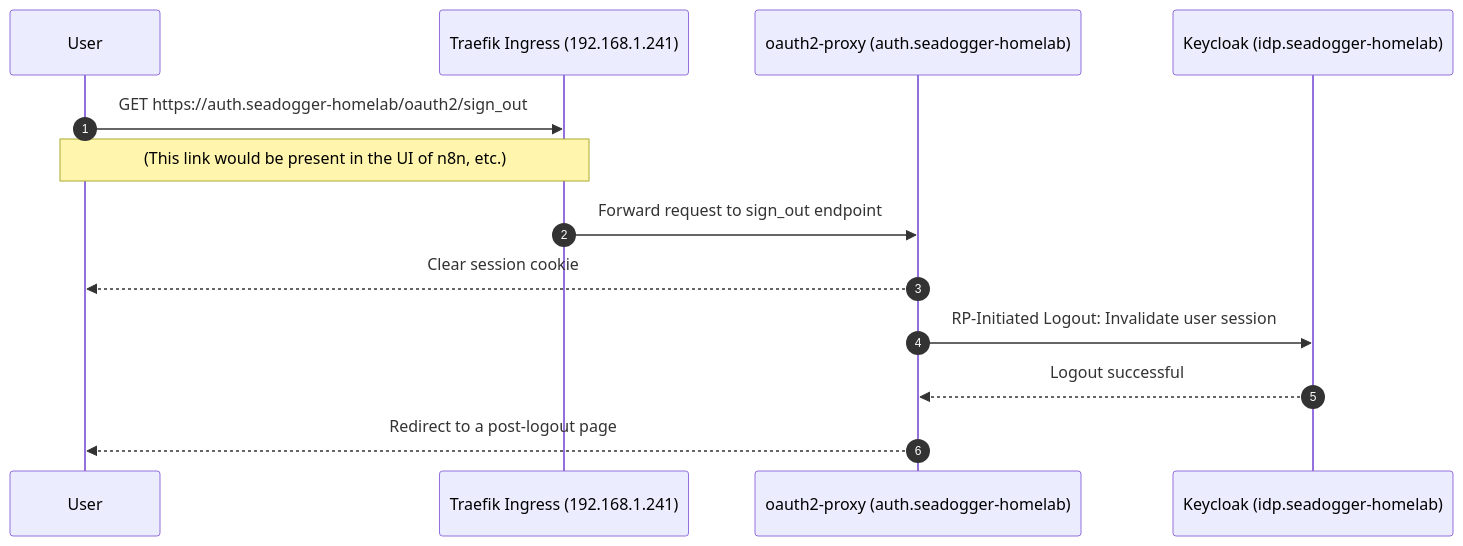
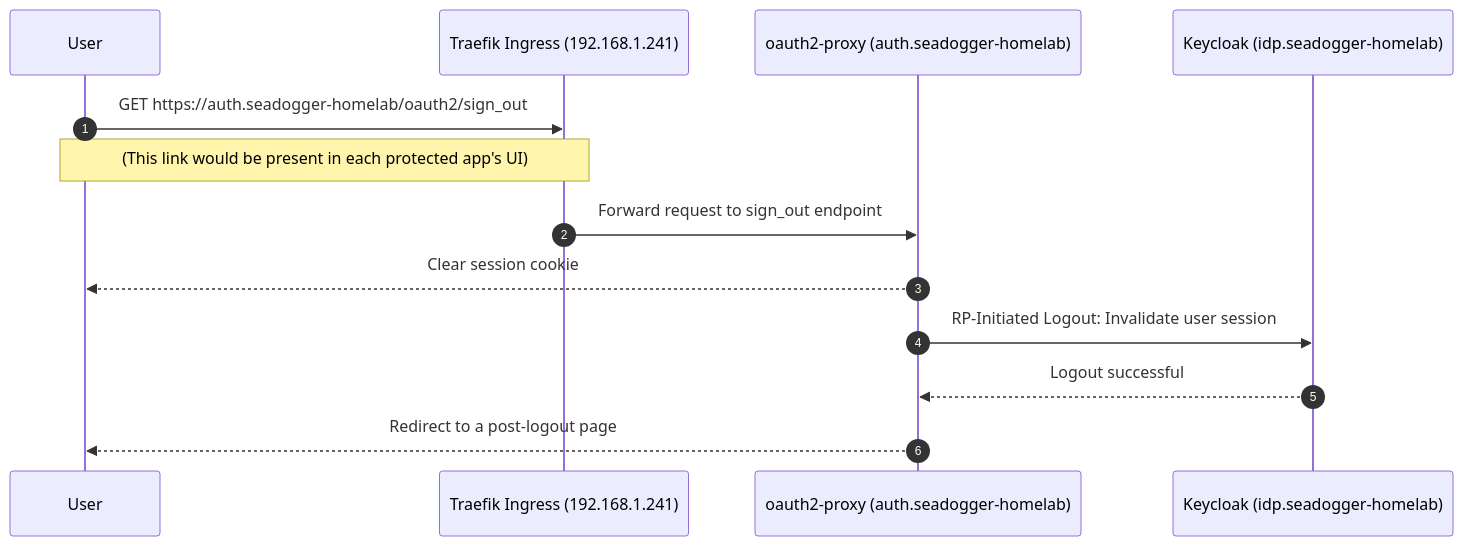
One commit to seadogger-tech/seadogger-homelab changed the eighth of 8 diagrams in docs/wiki/08-Security-and-Certificates.md. Above: the diagram before and after it, drawn with Mermaid. The commit also changed other lines of this file and 21 other files, not shown here.

````diff
--- a/docs/wiki/08-Security-and-Certificates.md
+++ b/docs/wiki/08-Security-and-Certificates.md
@@ -329,16 +334,16 @@
 ```mermaid
 sequenceDiagram
     autonumber
     participant User
     participant Traefik as Traefik Ingress (192.168.1.241)
     participant OAuth2Proxy as oauth2-proxy (auth.seadogger-homelab)
     participant Keycloak as Keycloak (idp.seadogger-homelab)
 
     User->>Traefik: GET https://auth.seadogger-homelab/oauth2/sign_out
-    Note over User, Traefik: (This link would be present in the UI of n8n, etc.)
+    Note over User, Traefik: (This link would be present in each protected app's UI)
     Traefik->>OAuth2Proxy: Forward request to sign_out endpoint
     OAuth2Proxy-->>User: Clear session cookie
     OAuth2Proxy->>Keycloak: RP-Initiated Logout: Invalidate user session
     Keycloak-->>OAuth2Proxy: Logout successful
     OAuth2Proxy-->>User: Redirect to a post-logout page
 ```
````
